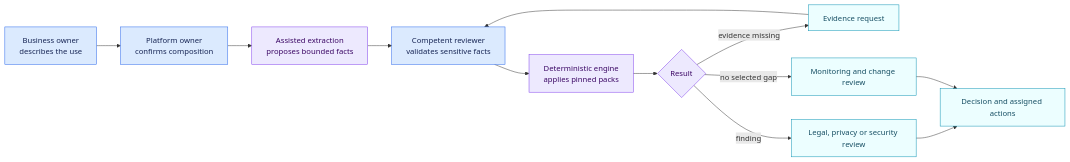
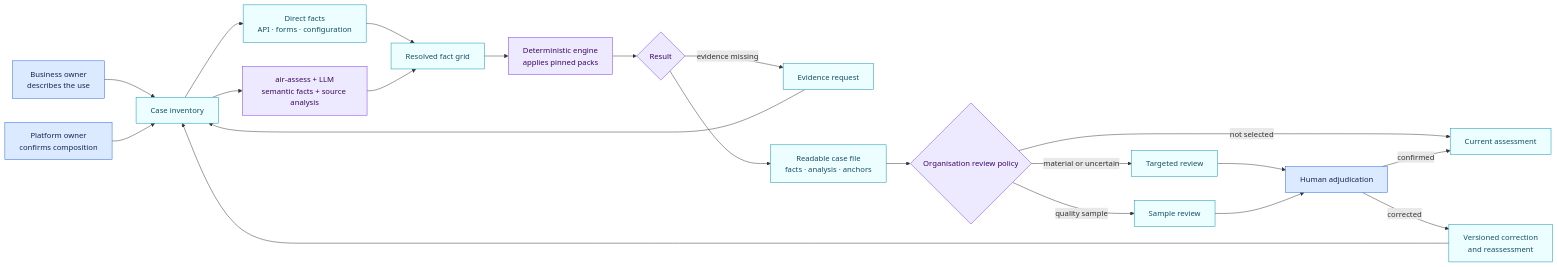
One commit to NickChaps/Open-AIRS changed the diagram in docs/en/governance-workflow.md. Above: the diagram before and after it, drawn with Mermaid. The commit also changed other lines of this file and 41 other files, not shown here.

Commit message:
feat: add auditable extraction and sampled review

````diff
--- a/docs/en/governance-workflow.md
+++ b/docs/en/governance-workflow.md
@@ -12,21 +12,30 @@
 ```mermaid
 flowchart LR
-    B["Business owner<br/>describes the use"] --> T["Platform owner<br/>confirms composition"]
-    T --> X["Assisted extraction<br/>proposes bounded facts"]
-    X --> V["Competent reviewer<br/>validates sensitive facts"]
-    V --> E["Deterministic engine<br/>applies pinned packs"]
-    E --> D{"Result"}
-    D -->|"evidence missing"| Q["Evidence request"]
-    D -->|"finding"| R["Legal, privacy or security review"]
-    D -->|"no selected gap"| M["Monitoring and change review"]
-    Q --> V
-    R --> H["Decision and assigned actions"]
-    M --> H
+    B["Business owner<br/>describes the use"] --> G["Case inventory"]
+    T["Platform owner<br/>confirms composition"] --> G
+    G --> D["Direct facts<br/>API · forms · configuration"]
+    G --> X["air-assess + LLM<br/>semantic facts + source analysis"]
+    D --> F["Resolved fact grid"]
+    X --> F
+    F --> E["Deterministic engine<br/>applies pinned packs"]
+    E --> Y{"Result"}
+    Y -->|"evidence missing"| Q["Evidence request"]
+    Y --> C["Readable case file<br/>facts · analysis · anchors"]
+    C --> P{"Organisation review policy"}
+    P -->|"material or uncertain"| R["Targeted review"]
+    P -->|"quality sample"| S["Sample review"]
+    P -->|"not selected"| H["Current assessment"]
+    Q --> G
+    R --> J["Human adjudication"]
+    S --> J
+    J -->|"confirmed"| H
+    J -->|"corrected"| N["Versioned correction<br/>and reassessment"]
+    N --> G
 
     classDef person fill:#dbeafe,stroke:#2563eb,color:#172554
     classDef system fill:#ede9fe,stroke:#7c3aed,color:#3b0764
     classDef action fill:#ecfeff,stroke:#0891b2,color:#164e63
-    class B,T,V person
-    class X,E,D system
-    class Q,R,M,H action
+    class B,T,J person
+    class X,E,Y,P system
+    class G,D,F,Q,R,S,C,H,N action
 ```
````
